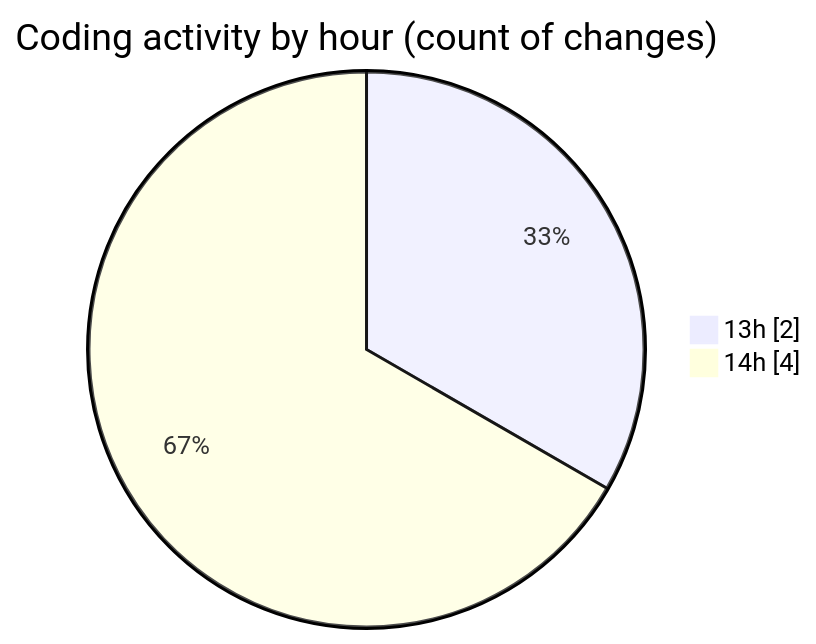
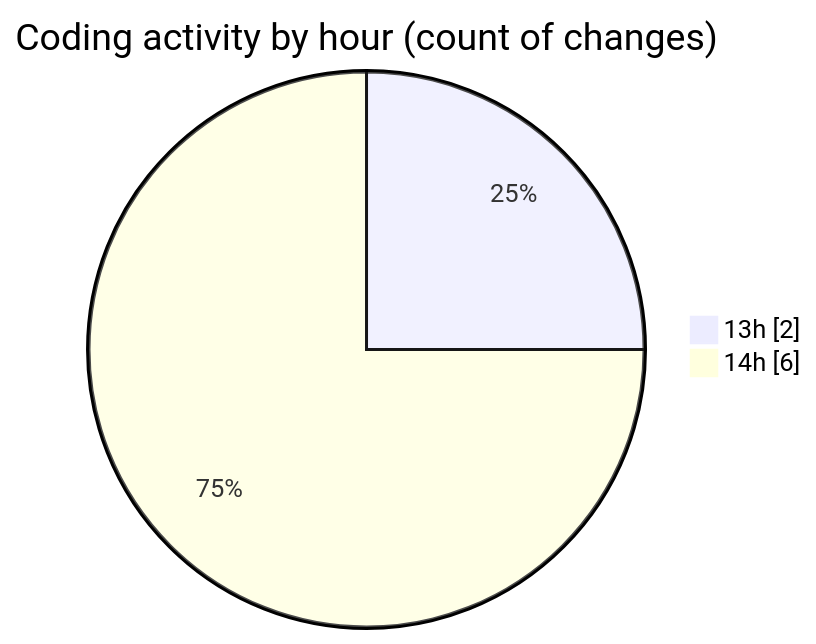
Before and after one commit to NitaiMahat/code-tracking: the second of 2 diagrams in 2025-03-09/filereadinprac/README.md, drawn with Mermaid. The commit also changed other lines of this file and 1 other file, not shown here.

````diff
--- a/2025-03-09/filereadinprac/README.md
+++ b/2025-03-09/filereadinprac/README.md
@@ -28,6 +28,6 @@
 ```mermaid
 pie showData
 title Coding activity by hour (count of changes)
 "13h" : 2
-"14h" : 4
+"14h" : 6
 ```
````
